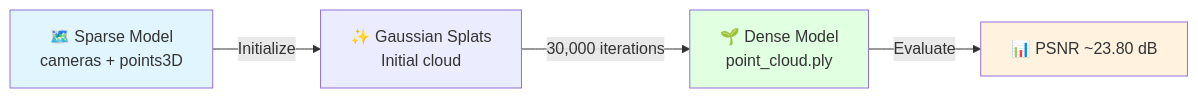
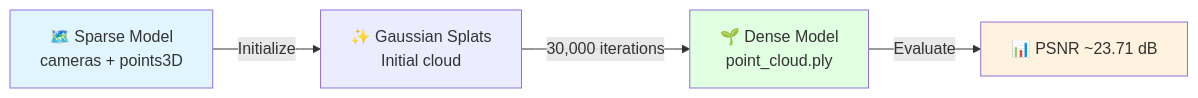
The diagram in docs/pipeline/3dgs-training.md (alzobaer/3dgs-pipeline-manual), drawn with Mermaid before and after one commit. The commit also changed other lines of this file and 31 other files, not shown here.

````diff
--- a/docs/pipeline/3dgs-training.md
+++ b/docs/pipeline/3dgs-training.md
@@ -9,9 +9,9 @@
 ```mermaid
 graph LR
     A[🗺️ Sparse Model<br/>cameras + points3D] -->|Initialize| B[✨ Gaussian Splats<br/>Initial cloud]
     B -->|30,000 iterations| C[🌱 Dense Model<br/>point_cloud.ply]
-    C -->|Evaluate| D[📊 PSNR ~23.80 dB]
+    C -->|Evaluate| D[📊 PSNR ~23.71 dB]
     style A fill:#e1f5ff
     style C fill:#e1ffe1
     style D fill:#fff3e0
 ```
````
